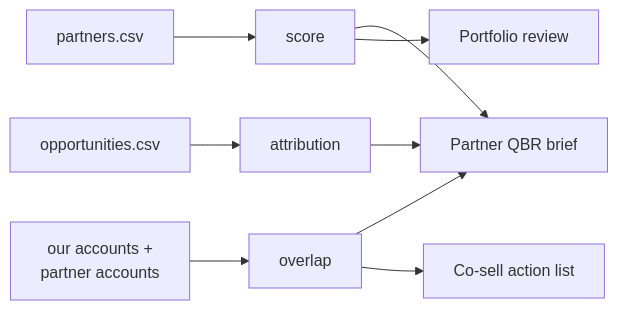
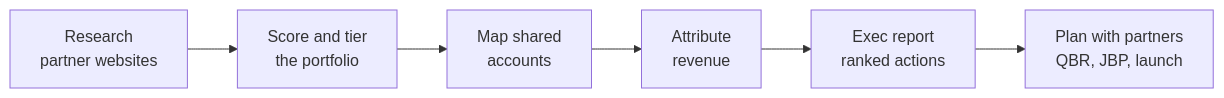
One commit to varunk130/ai-ecosystem-partnerships changed the diagram in README.md. Above: the diagram before and after it, drawn with Mermaid. The commit also changed other lines of this file and 5 other files, not shown here.

````diff
--- a/README.md
+++ b/README.md
@@ -30,11 +28,8 @@
 ```mermaid
 flowchart LR
-    P[partners.csv] --> S[score]
-    A[our accounts +<br/>partner accounts] --> O[overlap]
-    D[opportunities.csv] --> T[attribution]
-    S --> Q[Partner QBR brief]
-    O --> Q
-    T --> Q
-    S --> R[Portfolio review]
-    O --> C[Co-sell action list]
+    R[Research<br/>partner websites] --> S[Score and tier<br/>the portfolio]
+    S --> M[Map shared<br/>accounts]
+    M --> A[Attribute<br/>revenue]
+    A --> P[Exec report<br/>ranked actions]
+    P --> N[Plan with partners<br/>QBR, JBP, launch]
 ```
````
